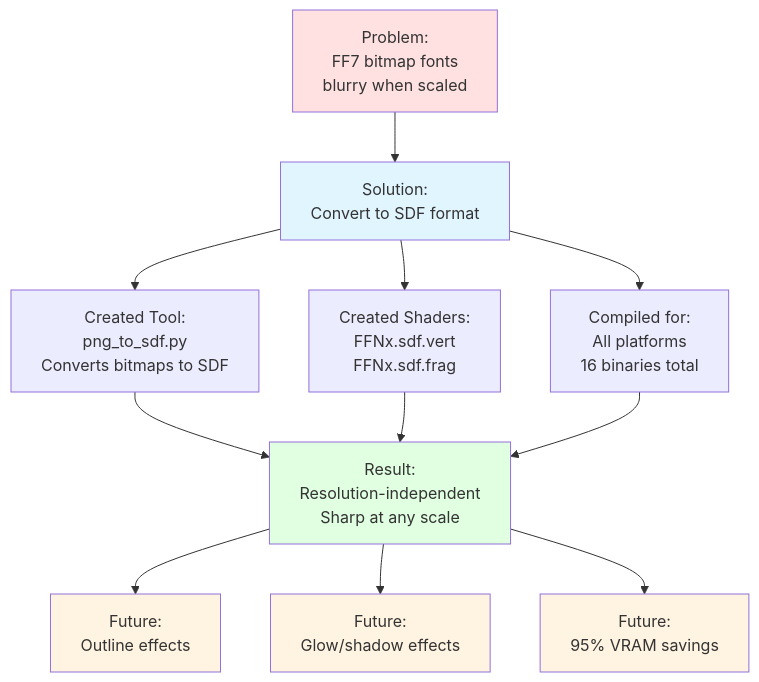
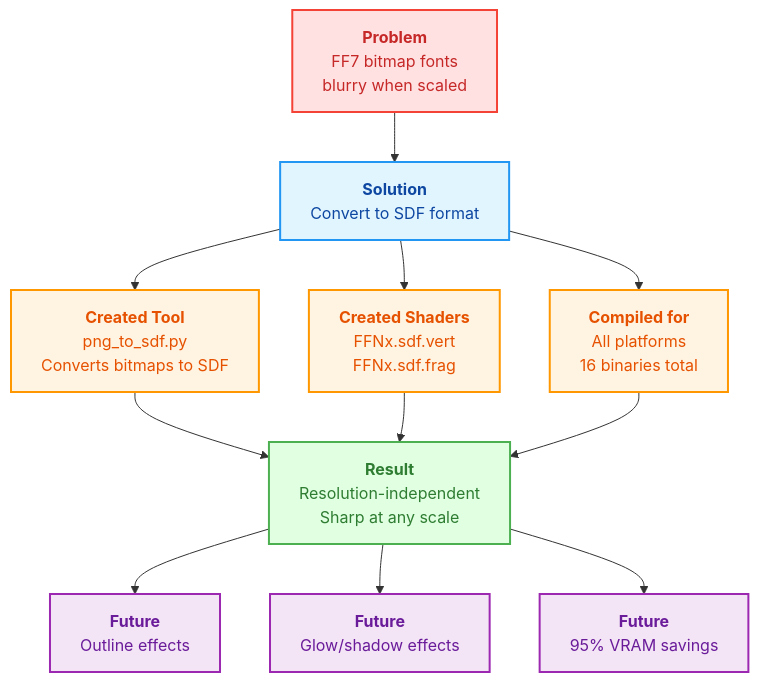
The tenth of 10 diagrams in sdf_font/docs/GRAPHICS_FUNDAMENTALS_AND_SDF_EXPLAINED.md (john-savepoint/makosource), drawn with Mermaid before and after one commit. The commit also changed other lines of this file, not shown here.

First line of the commit message:
docs(graphics): add rendered Mermaid diagrams via mcp-mermaid server

````diff
--- a/sdf_font/docs/GRAPHICS_FUNDAMENTALS_AND_SDF_EXPLAINED.md
+++ b/sdf_font/docs/GRAPHICS_FUNDAMENTALS_AND_SDF_EXPLAINED.md
@@ -752,23 +795,46 @@
 ```mermaid
-graph TD
-    A[Problem:<br/>FF7 bitmap fonts<br/>blurry when scaled] --> B[Solution:<br/>Convert to SDF format]
+flowchart TD
+    classDef problem fill:#ffe1e1,stroke:#f44336,stroke-width:2px,color:#c62828
+    classDef solution fill:#e1f5ff,stroke:#2196f3,stroke-width:2px,color:#0d47a1
+    classDef created fill:#fff4e1,stroke:#ff9800,stroke-width:2px,color:#e65100
+    classDef result fill:#e1ffe1,stroke:#4caf50,stroke-width:2px,color:#2e7d32
+    classDef future fill:#f3e5f5,stroke:#9c27b0,stroke-width:2px,color:#6a1b9a
 
-    B --> C1[Created Tool:<br/>png_to_sdf.py<br/>Converts bitmaps to SDF]
-    B --> C2[Created Shaders:<br/>FFNx.sdf.vert<br/>FFNx.sdf.frag]
-    B --> C3[Compiled for:<br/>All platforms<br/>16 binaries total]
+    A["`**Problem**
+FF7 bitmap fonts
+blurry when scaled`"]:::problem
+    B["`**Solution**
+Convert to SDF format`"]:::solution
 
-    C1 --> D[Result:<br/>Resolution-independent<br/>Sharp at any scale]
+    C1["`**Created Tool**
+png_to_sdf.py
+Converts bitmaps to SDF`"]:::created
+    C2["`**Created Shaders**
+FFNx.sdf.vert
+FFNx.sdf.frag`"]:::created
+    C3["`**Compiled for**
+All platforms
+16 binaries total`"]:::created
+
+    D["`**Result**
+Resolution-independent
+Sharp at any scale`"]:::result
+
+    E1["`**Future**
+Outline effects`"]:::future
+    E2["`**Future**
+Glow/shadow effects`"]:::future
+    E3["`**Future**
+95% VRAM savings`"]:::future
+
+    A --> B
+    B --> C1
+    B --> C2
+    B --> C3
+    C1 --> D
     C2 --> D
     C3 --> D
-
-    D --> E1[Future:<br/>Outline effects]
-    D --> E2[Future:<br/>Glow/shadow effects]
-    D --> E3[Future:<br/>95% VRAM savings]
-
-    style A fill:#ffe1e1
-    style B fill:#e1f5ff
-    style D fill:#e1ffe1
-    style E1 fill:#fff4e1
-    style E2 fill:#fff4e1
-    style E3 fill:#fff4e1
+    D --> E1
+    D --> E2
+    D --> E3
 ```
````
